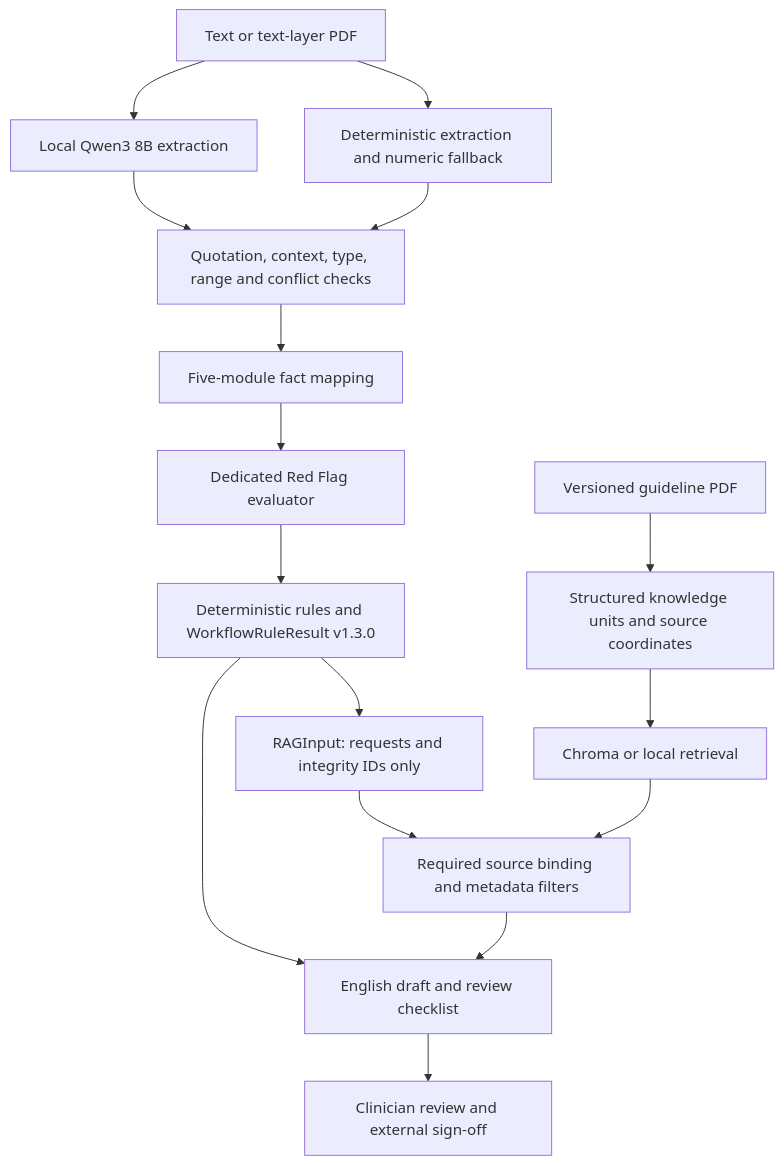
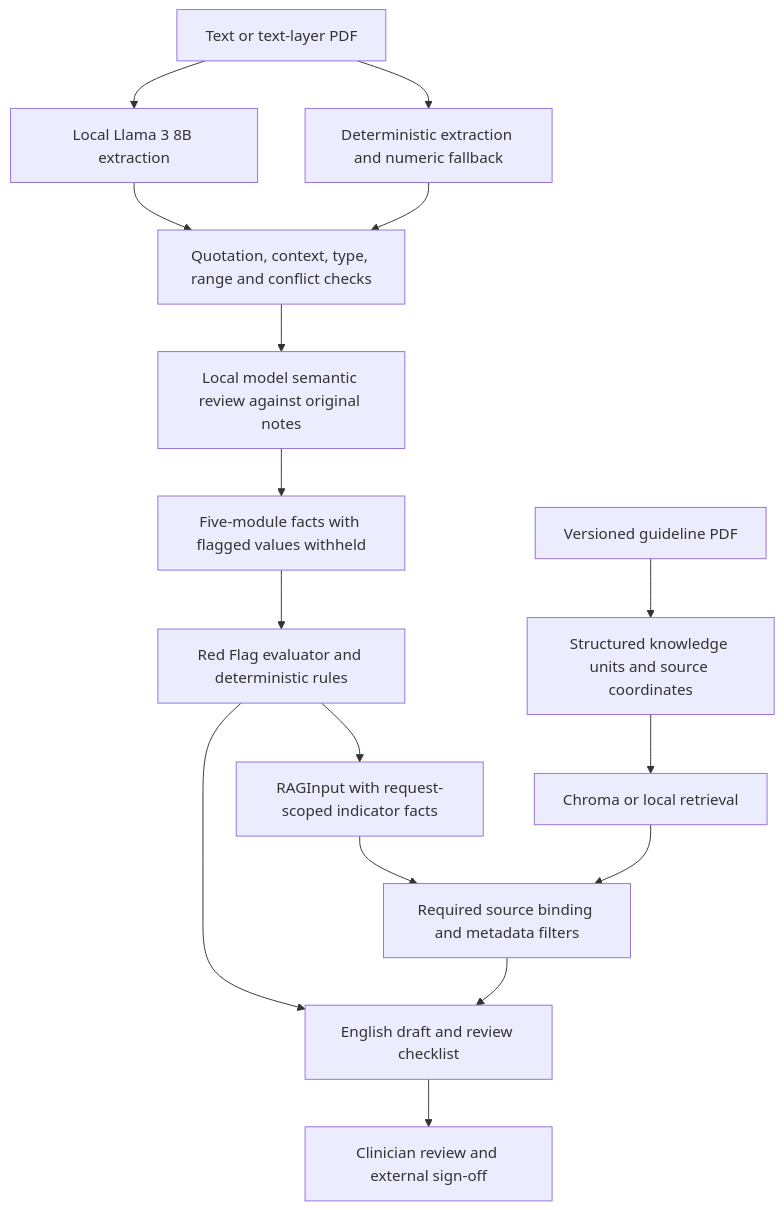
One commit to Zicheng-Xie/Occupational-Fitness-Platform changed the diagram in docs/architecture.md. Above: the diagram before and after it, drawn with Mermaid. The commit also changed other lines of this file and 3056 other files, not shown here.

Commit message:
Integrate traceable five-module assessment and complex-note RAG validation

````diff
--- a/docs/architecture.md
+++ b/docs/architecture.md
@@ -5,18 +5,18 @@
 ```mermaid
 flowchart TD
-  A[Text or text-layer PDF] --> B[Local Qwen3 8B extraction]
+  A[Text or text-layer PDF] --> B[Local Llama 3 8B extraction]
   A --> C[Deterministic extraction and numeric fallback]
   B --> D[Quotation, context, type, range and conflict checks]
   C --> D
-  D --> E[Five-module fact mapping]
-  E --> F[Dedicated Red Flag evaluator]
-  F --> R[Deterministic rules and WorkflowRuleResult v1.3.0]
-  R --> Q[RAGInput: requests and integrity IDs only]
+  D --> R[Local model semantic review against original notes]
+  R --> E[Five-module facts with flagged values withheld]
+  E --> F[Red Flag evaluator and deterministic rules]
+  F --> Q[RAGInput with request-scoped indicator facts]
   G[Versioned guideline PDF] --> H[Structured knowledge units and source coordinates]
   H --> I[Chroma or local retrieval]
   Q --> J[Required source binding and metadata filters]
   I --> J
-  R --> K[English draft and review checklist]
+  F --> K[English draft and review checklist]
   J --> K
   K --> L[Clinician review and external sign-off]
 ```
````
